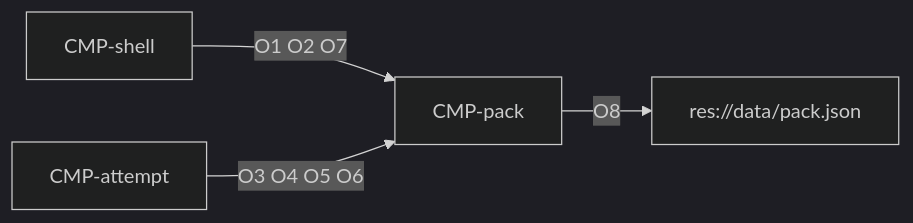
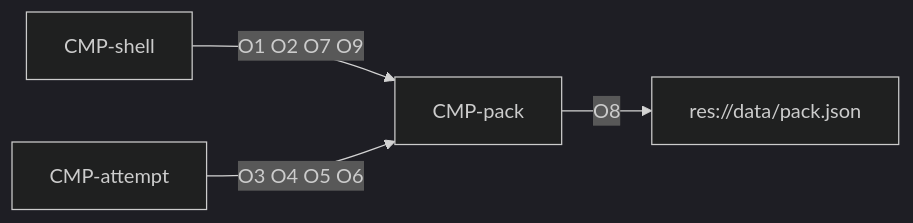
Before and after one commit to waigore/simplenono: the diagram in specs/technical/contracts/pack.md, drawn with Mermaid (dark theme). The commit also changed other lines of this file and 33 other files, not shown here.

````diff
--- a/specs/technical/contracts/pack.md
+++ b/specs/technical/contracts/pack.md
@@ -53,6 +54,6 @@
 ```mermaid
 flowchart LR
-  shell[CMP-shell] -->|O1 O2 O7| pack[CMP-pack]
+  shell[CMP-shell] -->|O1 O2 O7 O9| pack[CMP-pack]
   attempt[CMP-attempt] -->|O3 O4 O5 O6| pack
   pack -->|O8| data[res://data/pack.json]
 ```
````
